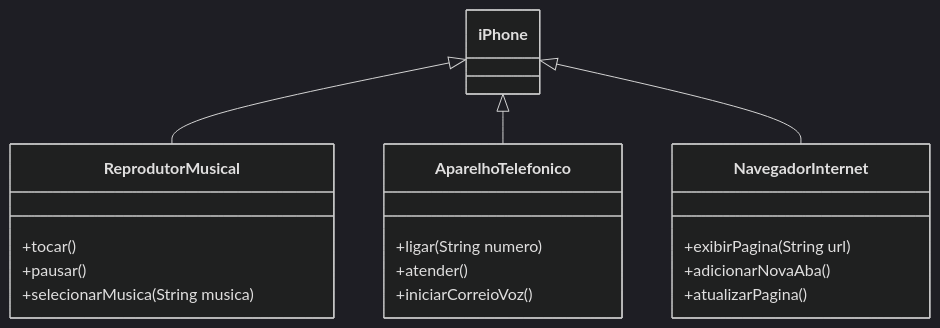
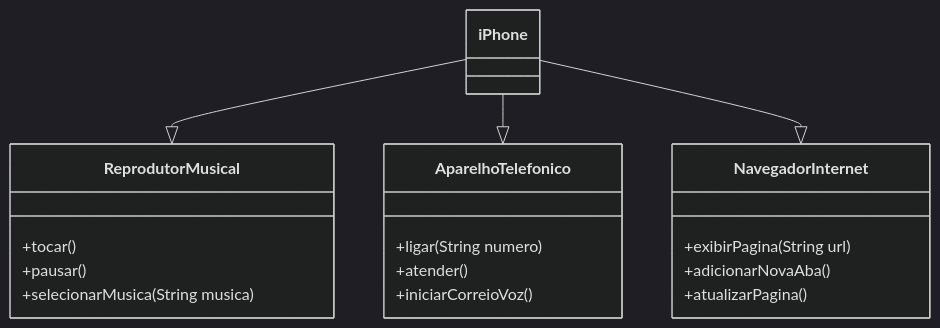
One commit to Cclezar/dio-desafioPoo-iphone changed the diagram in README.md. Above: the diagram before and after it, drawn with Mermaid.

````diff
--- a/README.md
+++ b/README.md
@@ -29,26 +29,26 @@
 ```mermaid
 ---
 config:
   theme: dark
 ---
 classDiagram
-    iPhone <|-- ReprodutorMusical
-    iPhone <|-- AparelhoTelefonico
-    iPhone <|-- NavegadorInternet
+    iPhone --|> ReprodutorMusical
+    iPhone --|> AparelhoTelefonico
+    iPhone --|> NavegadorInternet
     class ReprodutorMusical{
       +tocar()
       +pausar()
       +selecionarMusica(String musica)
     }
     class AparelhoTelefonico{
       +ligar(String numero)
       +atender()
       +iniciarCorreioVoz()
     }
     class NavegadorInternet{
       +exibirPagina(String url)
       +adicionarNovaAba()
       +atualizarPagina()
     }
 
 ```
````
